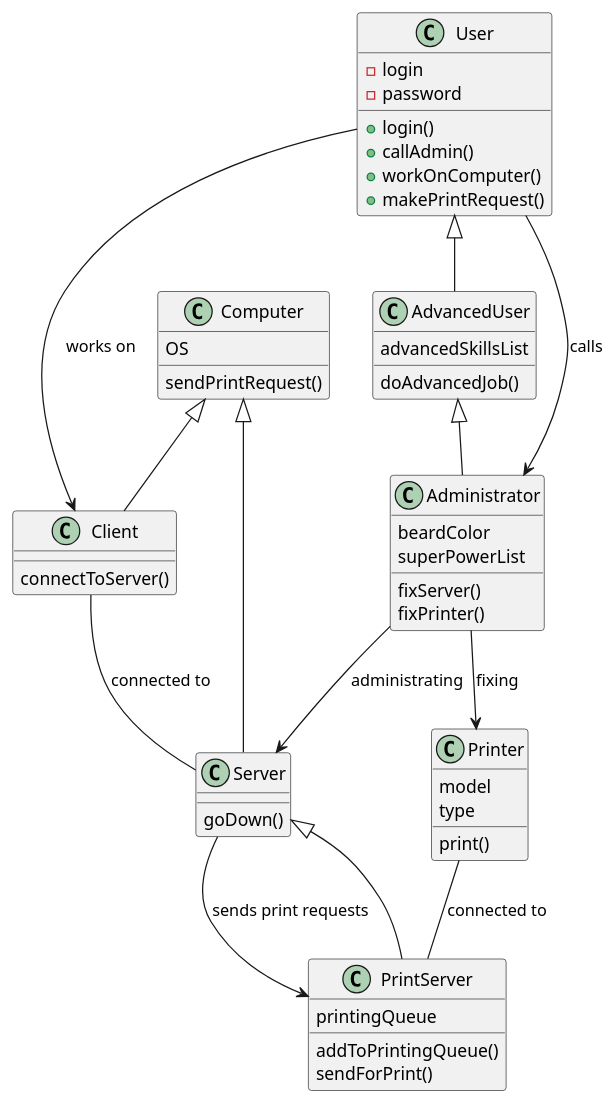
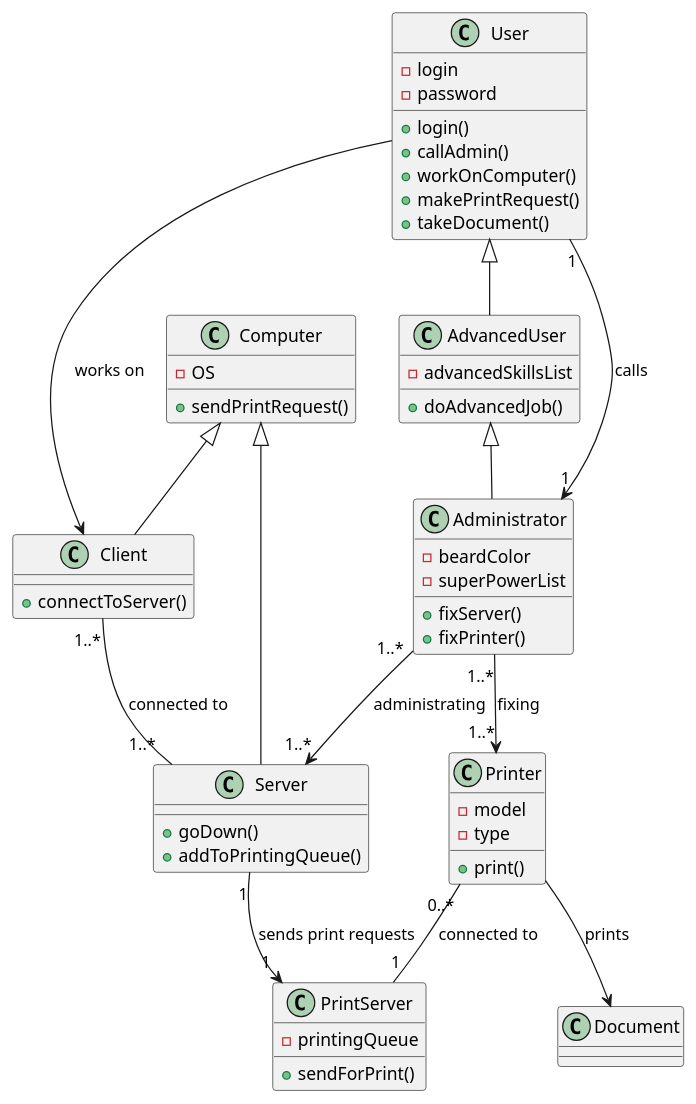
The diagram in src/uml/uml1.puml (dstrmv/javaeelabz), drawn with PlantUML before and after one commit. The commit also changed 2 other files, not shown here.

```diff
--- a/src/uml/uml1.puml
+++ b/src/uml/uml1.puml
@@ -1,61 +1,62 @@
 @startuml
 
 class User {
 -login
 -password
 +login()
 +callAdmin()
 +workOnComputer()
 +makePrintRequest()
++takeDocument()
 }
 
 class AdvancedUser {
-    advancedSkillsList
-    doAdvancedJob()
+    -advancedSkillsList
+    +doAdvancedJob()
 }
 
 class Administrator {
-    beardColor
-    superPowerList
-    fixServer()
-    fixPrinter()
+    -beardColor
+    -superPowerList
+    +fixServer()
+    +fixPrinter()
 }
 
 class Computer {
-OS
-sendPrintRequest()
+    -OS
+    +sendPrintRequest()
 }
 
 class Client {
-    connectToServer()
+    +connectToServer()
 }
 
 class Server {
-    goDown()
+    +goDown()
+    +addToPrintingQueue()
 }
 
 class PrintServer {
-printingQueue
-addToPrintingQueue()
-sendForPrint()
+    -printingQueue
+    +sendForPrint()
 }
 
 class Printer {
-model
-type
-print()
+    -model
+    -type
+    +print()
 }
 
-Client -- Server : connected to
-Administrator --> Printer : fixing
+Client "1..*" -- "1..*" Server : connected to
+Administrator "1..*" --> "1..*" Printer : fixing
 User <|-- AdvancedUser
 AdvancedUser <|-- Administrator
 Computer <|-- Server
 Computer <|-- Client
-Server <|-- PrintServer
-Printer -- PrintServer : connected to
-Server --> PrintServer : sends print requests 
-User --> Client : works on
-Administrator --> Server : administrating
-User --> Administrator : calls
+Printer "0..*" -- "1" PrintServer : connected to
+Server "1" --> "1" PrintServer : sends print requests
+User  --> Client : works on
+Administrator "1..*" --> "1..*" Server : administrating
+User "1" --> "1" Administrator : calls
+Printer --> Document : prints
 @enduml
```
